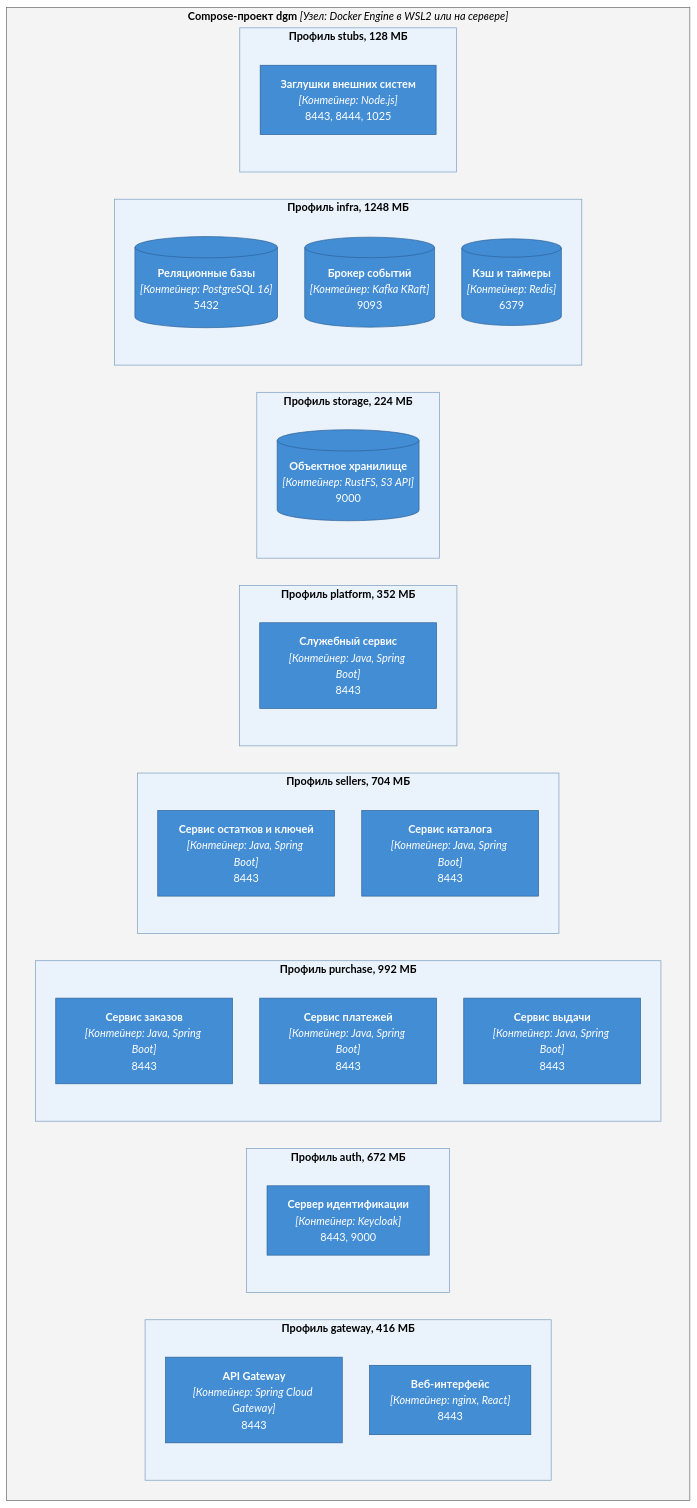
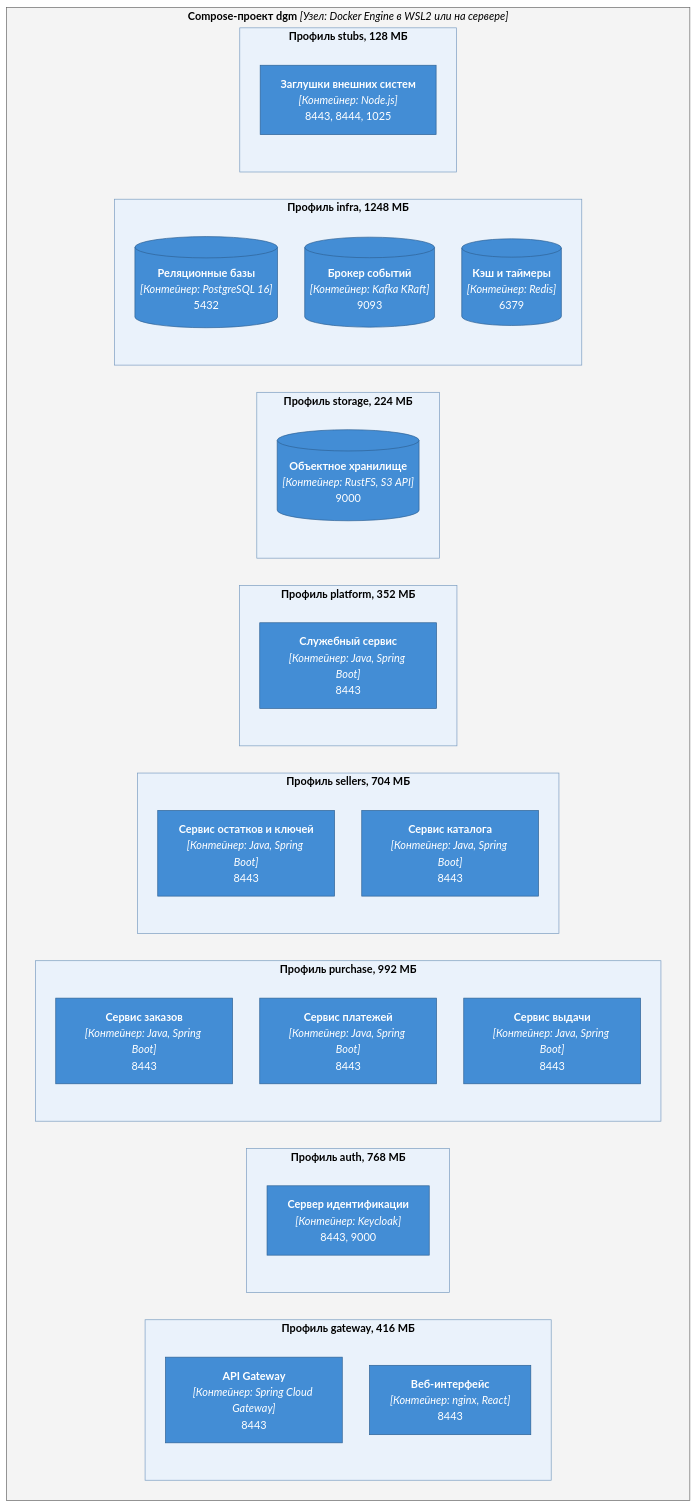
One commit to Lapin143/digital-goods-marketplace changed the second of 5 diagrams in docs/05-architecture/c4-deployment.md. Above: the diagram before and after it, drawn with Mermaid. The commit also changed 8 other files, not shown here.

````diff
--- a/docs/05-architecture/c4-deployment.md
+++ b/docs/05-architecture/c4-deployment.md
@@ -78,48 +78,48 @@
 ```mermaid
 %%{init: {"theme":"base","themeVariables":{"edgeLabelBackground":"#ffffff","lineColor":"#444444"},"flowchart": {"nodeSpacing": 40, "rankSpacing": 60, "curve": "basis"}}}%%
 flowchart TB
     subgraph laptop["<b>Compose-проект dgm</b> <i>[Узел: Docker Engine в WSL2 или на сервере]</i>"]
         subgraph p-gateway["<b>Профиль gateway, 416 МБ</b>"]
             api-gateway["<b>API Gateway</b><br/><i>[Контейнер: Spring Cloud Gateway]</i><br/>8443"]
             web-app["<b>Веб-интерфейс</b><br/><i>[Контейнер: nginx, React]</i><br/>8443"]
         end
-        subgraph p-auth["<b>Профиль auth, 672 МБ</b>"]
+        subgraph p-auth["<b>Профиль auth, 768 МБ</b>"]
             keycloak["<b>Сервер идентификации</b><br/><i>[Контейнер: Keycloak]</i><br/>8443, 9000"]
         end
         subgraph p-purchase["<b>Профиль purchase, 992 МБ</b>"]
             order-service["<b>Сервис заказов</b><br/><i>[Контейнер: Java, Spring Boot]</i><br/>8443"]
             payment-service["<b>Сервис платежей</b><br/><i>[Контейнер: Java, Spring Boot]</i><br/>8443"]
             delivery-service["<b>Сервис выдачи</b><br/><i>[Контейнер: Java, Spring Boot]</i><br/>8443"]
         end
         subgraph p-sellers["<b>Профиль sellers, 704 МБ</b>"]
             inventory-service["<b>Сервис остатков и ключей</b><br/><i>[Контейнер: Java, Spring Boot]</i><br/>8443"]
             catalog-service["<b>Сервис каталога</b><br/><i>[Контейнер: Java, Spring Boot]</i><br/>8443"]
         end
         subgraph p-platform["<b>Профиль platform, 352 МБ</b>"]
             platform-service["<b>Служебный сервис</b><br/><i>[Контейнер: Java, Spring Boot]</i><br/>8443"]
         end
         subgraph p-storage["<b>Профиль storage, 224 МБ</b>"]
             object-storage[("<b>Объектное хранилище</b><br/><i>[Контейнер: RustFS, S3 API]</i><br/>9000")]
         end
         subgraph p-infra["<b>Профиль infra, 1248 МБ</b>"]
             postgres[("<b>Реляционные базы</b><br/><i>[Контейнер: PostgreSQL 16]</i><br/>5432")]
             kafka[("<b>Брокер событий</b><br/><i>[Контейнер: Kafka KRaft]</i><br/>9093")]
             redis[("<b>Кэш и таймеры</b><br/><i>[Контейнер: Redis]</i><br/>6379")]
         end
         subgraph p-stubs["<b>Профиль stubs, 128 МБ</b>"]
             external-stubs["<b>Заглушки внешних систем</b><br/><i>[Контейнер: Node.js]</i><br/>8443, 8444, 1025"]
         end
     end
 
     classDef container fill:#438dd5,stroke:#2e6295,color:#ffffff
     class api-gateway,web-app,keycloak,order-service,inventory-service,payment-service,delivery-service,catalog-service,platform-service,object-storage,postgres,kafka,redis,external-stubs container
     style laptop fill:#f4f4f4,stroke:#666666,color:#000000
     style p-gateway fill:#eaf2fb,stroke:#7a9cc0,color:#000000
     style p-auth fill:#eaf2fb,stroke:#7a9cc0,color:#000000
     style p-purchase fill:#eaf2fb,stroke:#7a9cc0,color:#000000
     style p-sellers fill:#eaf2fb,stroke:#7a9cc0,color:#000000
     style p-platform fill:#eaf2fb,stroke:#7a9cc0,color:#000000
     style p-storage fill:#eaf2fb,stroke:#7a9cc0,color:#000000
     style p-infra fill:#eaf2fb,stroke:#7a9cc0,color:#000000
     style p-stubs fill:#eaf2fb,stroke:#7a9cc0,color:#000000
 ```
````
